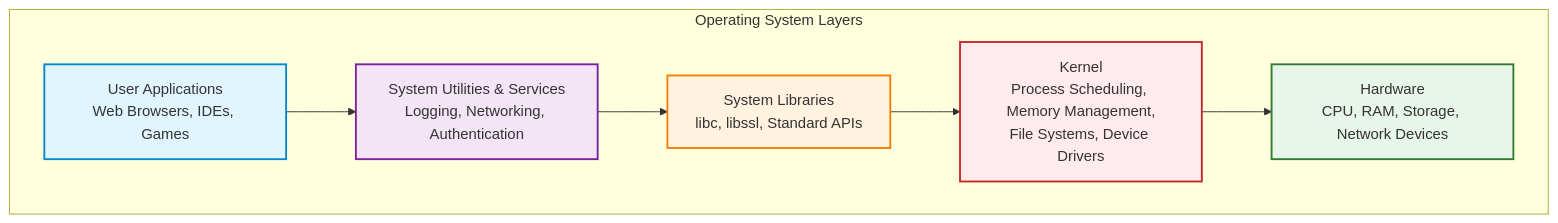
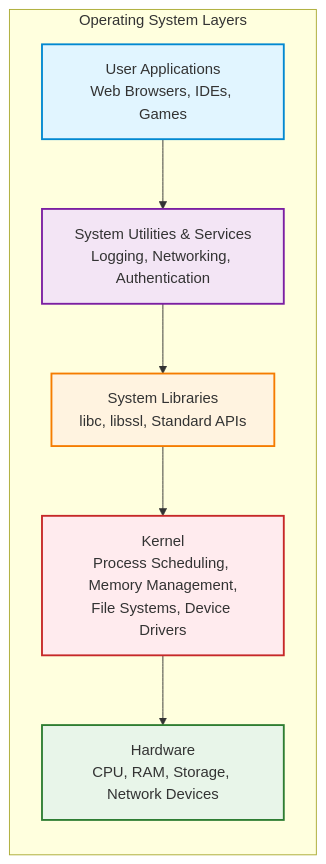
Before and after one commit to pritom169/devops-a-complete-guide: the diagram in containers/README.md, drawn with Mermaid.

Commit message:
[EDIT] Graph changed from horizontal to vertical

````diff
--- a/containers/README.md
+++ b/containers/README.md
@@ -126,21 +126,21 @@
 ```mermaid
-graph TB
+graph LR
     subgraph "Operating System Layers"
         A[User Applications<br/>Web Browsers, IDEs, Games]
         B[System Utilities & Services<br/>Logging, Networking, Authentication]
         C[System Libraries<br/>libc, libssl, Standard APIs]
         D[Kernel<br/>Process Scheduling, Memory Management,<br/>File Systems, Device Drivers]
         E[Hardware<br/>CPU, RAM, Storage, Network Devices]
     end
     
     A --> B
     B --> C
     C --> D
     D --> E
     
     style A fill:#e1f5ff,stroke:#0288d1,stroke-width:2px
     style B fill:#f3e5f5,stroke:#7b1fa2,stroke-width:2px
     style C fill:#fff3e0,stroke:#f57c00,stroke-width:2px
     style D fill:#ffebee,stroke:#c62828,stroke-width:2px
     style E fill:#e8f5e9,stroke:#2e7d32,stroke-width:2px
 ```
````
